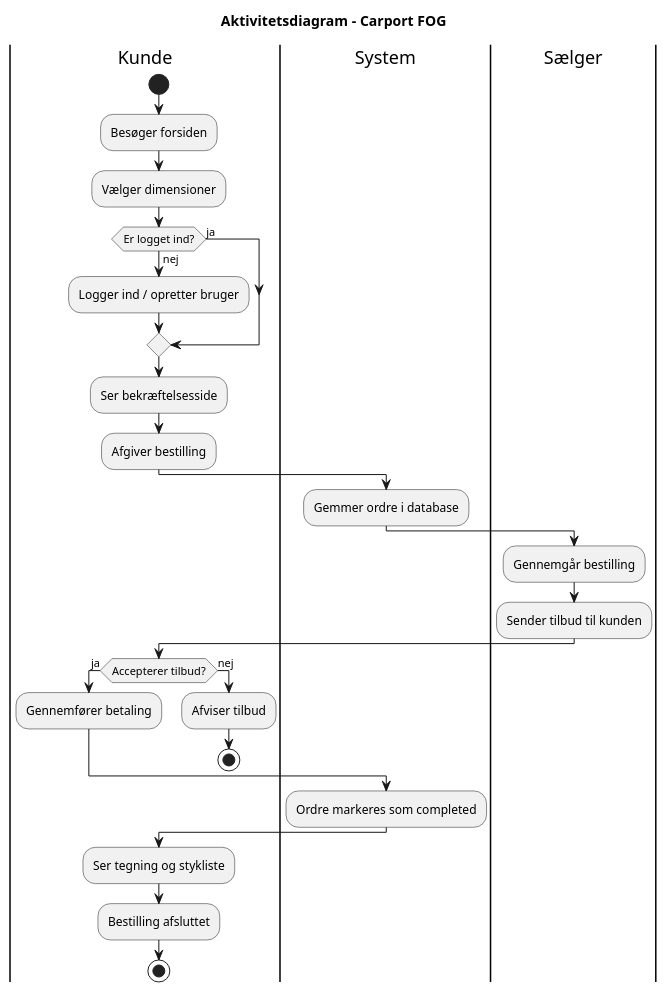
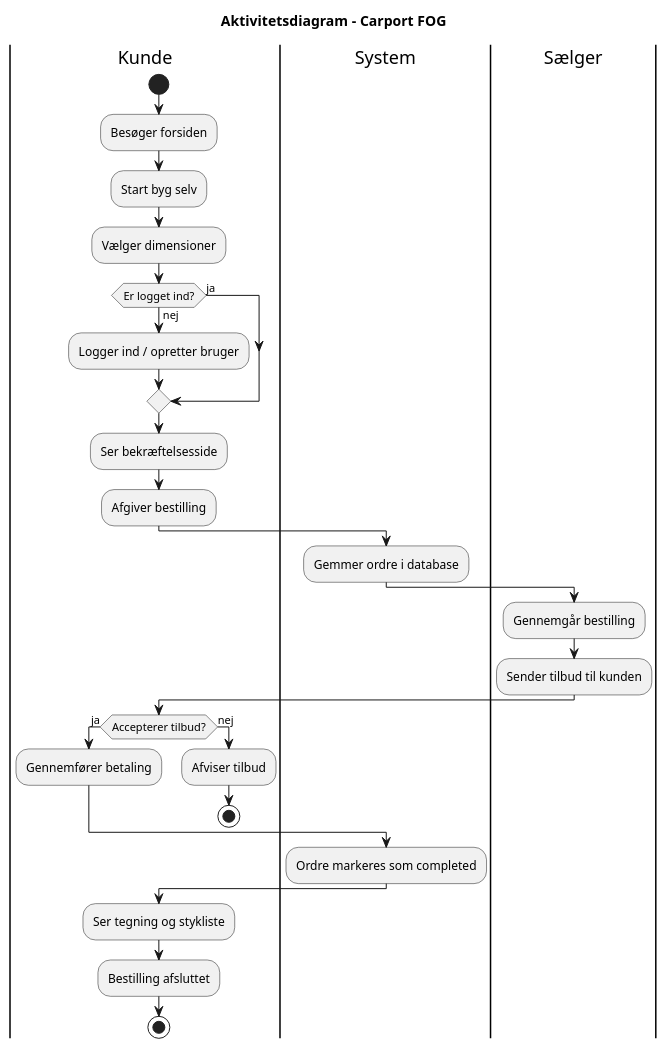
The diagram in src/main/resources/uml/AktivitetsDiagram-carport.puml (EmilOzel/Carport-FOG), drawn with PlantUML before and after one commit.

Commit message:
Aktivitetsdiagram.p1

```diff
--- a/src/main/resources/uml/AktivitetsDiagram-carport.puml
+++ b/src/main/resources/uml/AktivitetsDiagram-carport.puml
@@ -1,42 +1,43 @@
 @startuml
 
 title Aktivitetsdiagram – Carport FOG
 
 |Kunde|
 start
 
 :Besøger forsiden;
+:Start byg selv;
 :Vælger dimensioner;
 
 if (Er logget ind?) then (nej)
   :Logger ind / opretter bruger;
 else (ja)
 endif
 
 :Ser bekræftelsesside;
 :Afgiver bestilling;
 
 |System|
 :Gemmer ordre i database;
 
 |Sælger|
 :Gennemgår bestilling;
 :Sender tilbud til kunden;
 
 |Kunde|
 if (Accepterer tilbud?) then (ja)
   :Gennemfører betaling;
 else (nej)
   :Afviser tilbud;
   stop
 endif
 
 |System|
 :Ordre markeres som completed;
 
 |Kunde|
 :Ser tegning og stykliste;
 :Bestilling afsluttet;
 stop
 
 @enduml
```
